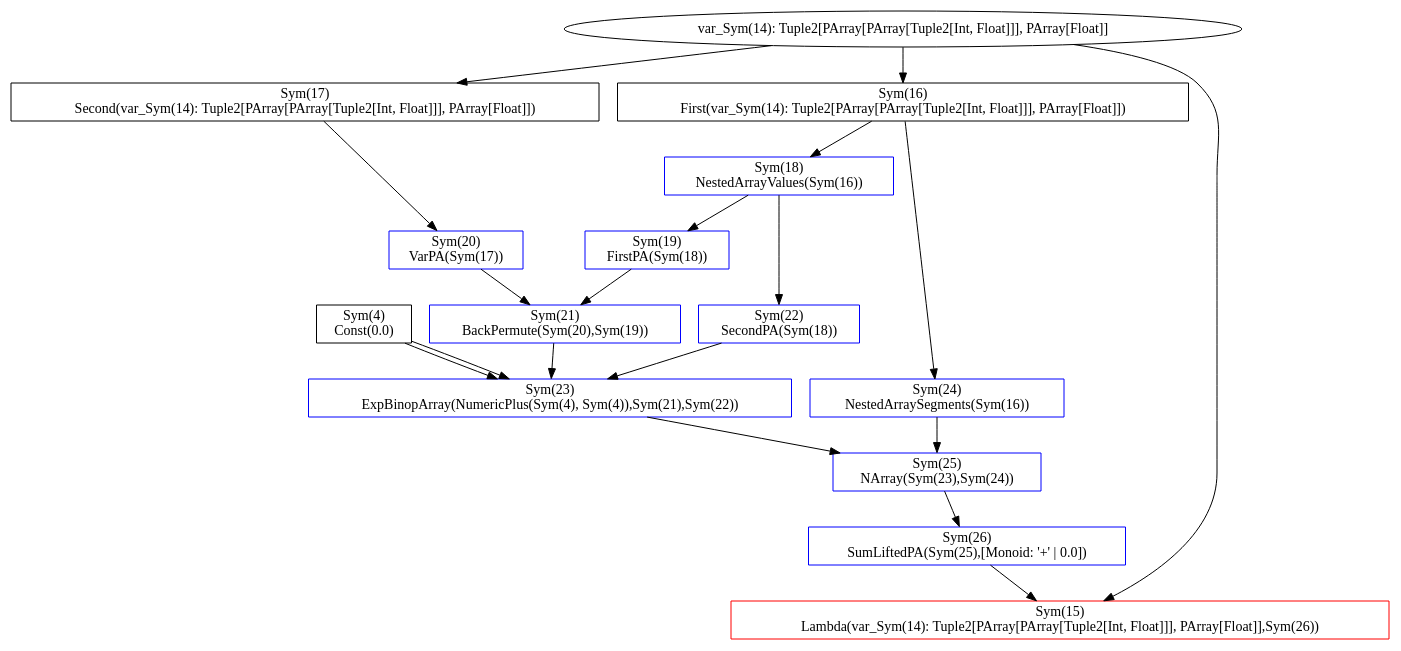
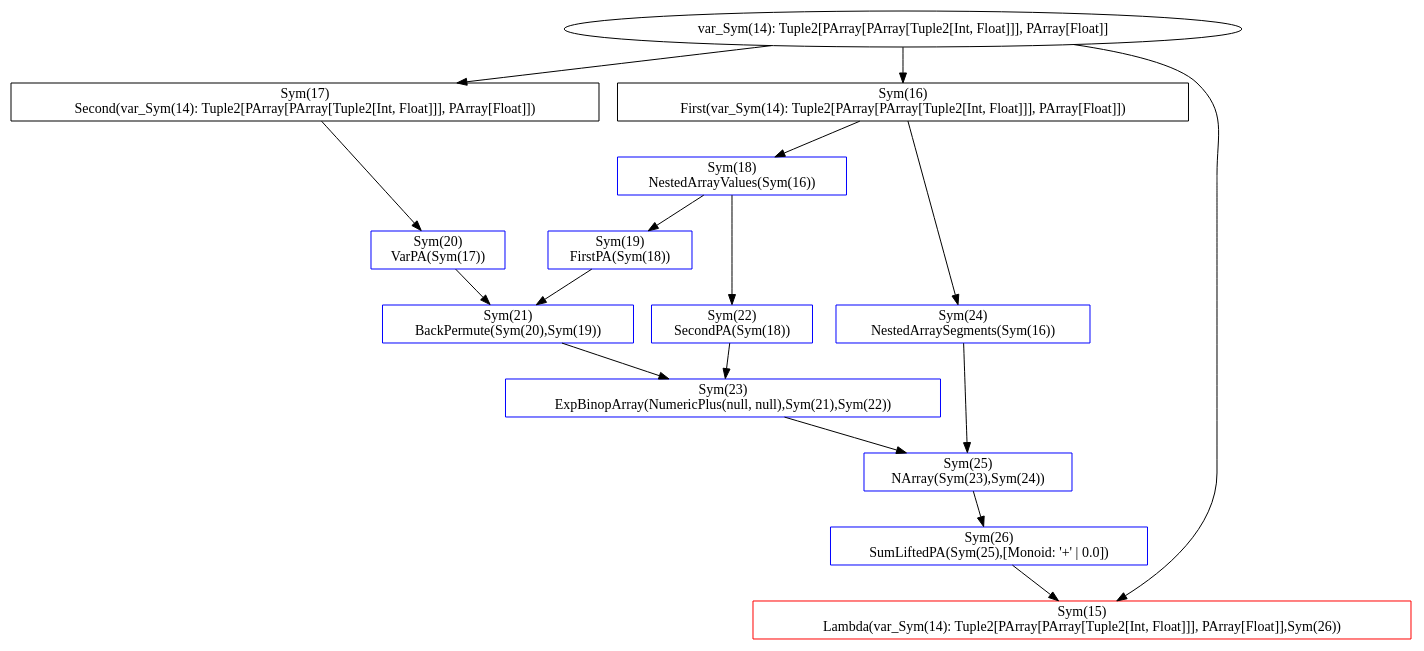
The diagram in graphs/smvm.dot (alexander-myltsev/Scalan-GPU), drawn with Graphviz before and after one commit. The commit also changed 8 other files, not shown here.

```diff
--- a/graphs/smvm.dot
+++ b/graphs/smvm.dot
@@ -1,82 +1,76 @@
 digraph G {
-"Sym(4)" [
-label="Sym(4) \n Const(0.0)"
-shape=box
-]
 "Sym(17)" [
 label="Sym(17) \n Second(var_Sym(14): Tuple2[PArray[PArray[Tuple2[Int, Float]]], PArray[Float]])"
 shape=box
 ]
 "var_Sym(14): Tuple2[PArray[PArray[Tuple2[Int, Float]]], PArray[Float]]" -> "Sym(17)"
 "Sym(20)" [
 label="Sym(20) \n VarPA(Sym(17))"
 shape=box
 color=blue
 ]
 "Sym(17)" -> "Sym(20)"
 "Sym(16)" [
 label="Sym(16) \n First(var_Sym(14): Tuple2[PArray[PArray[Tuple2[Int, Float]]], PArray[Float]])"
 shape=box
 ]
 "var_Sym(14): Tuple2[PArray[PArray[Tuple2[Int, Float]]], PArray[Float]]" -> "Sym(16)"
 "Sym(18)" [
 label="Sym(18) \n NestedArrayValues(Sym(16))"
 shape=box
 color=blue
 ]
 "Sym(16)" -> "Sym(18)"
 "Sym(19)" [
 label="Sym(19) \n FirstPA(Sym(18))"
 shape=box
 color=blue
 ]
 "Sym(18)" -> "Sym(19)"
 "Sym(21)" [
 label="Sym(21) \n BackPermute(Sym(20),Sym(19))"
 shape=box
 color=blue
 ]
 "Sym(20)" -> "Sym(21)"
 "Sym(19)" -> "Sym(21)"
 "Sym(22)" [
 label="Sym(22) \n SecondPA(Sym(18))"
 shape=box
 color=blue
 ]
 "Sym(18)" -> "Sym(22)"
 "Sym(23)" [
-label="Sym(23) \n ExpBinopArray(NumericPlus(Sym(4), Sym(4)),Sym(21),Sym(22))"
+label="Sym(23) \n ExpBinopArray(NumericPlus(null, null),Sym(21),Sym(22))"
 shape=box
 color=blue
 ]
-"Sym(4)" -> "Sym(23)"
-"Sym(4)" -> "Sym(23)"
 "Sym(21)" -> "Sym(23)"
 "Sym(22)" -> "Sym(23)"
 "Sym(24)" [
 label="Sym(24) \n NestedArraySegments(Sym(16))"
 shape=box
 color=blue
 ]
 "Sym(16)" -> "Sym(24)"
 "Sym(25)" [
 label="Sym(25) \n NArray(Sym(23),Sym(24))"
 shape=box
 color=blue
 ]
 "Sym(23)" -> "Sym(25)"
 "Sym(24)" -> "Sym(25)"
 "Sym(26)" [
 label="Sym(26) \n SumLiftedPA(Sym(25),[Monoid: '+' | 0.0])"
 shape=box
 color=blue
 ]
 "Sym(25)" -> "Sym(26)"
 "Sym(15)" [
 label="Sym(15) \n Lambda(var_Sym(14): Tuple2[PArray[PArray[Tuple2[Int, Float]]], PArray[Float]],Sym(26))"
 shape=box
 color=red
 ]
 "var_Sym(14): Tuple2[PArray[PArray[Tuple2[Int, Float]]], PArray[Float]]" -> "Sym(15)"
 "Sym(26)" -> "Sym(15)"
 }
```
